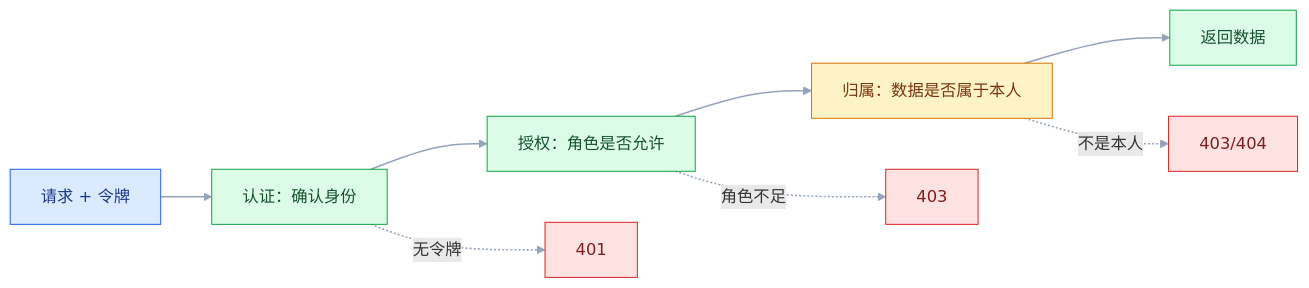
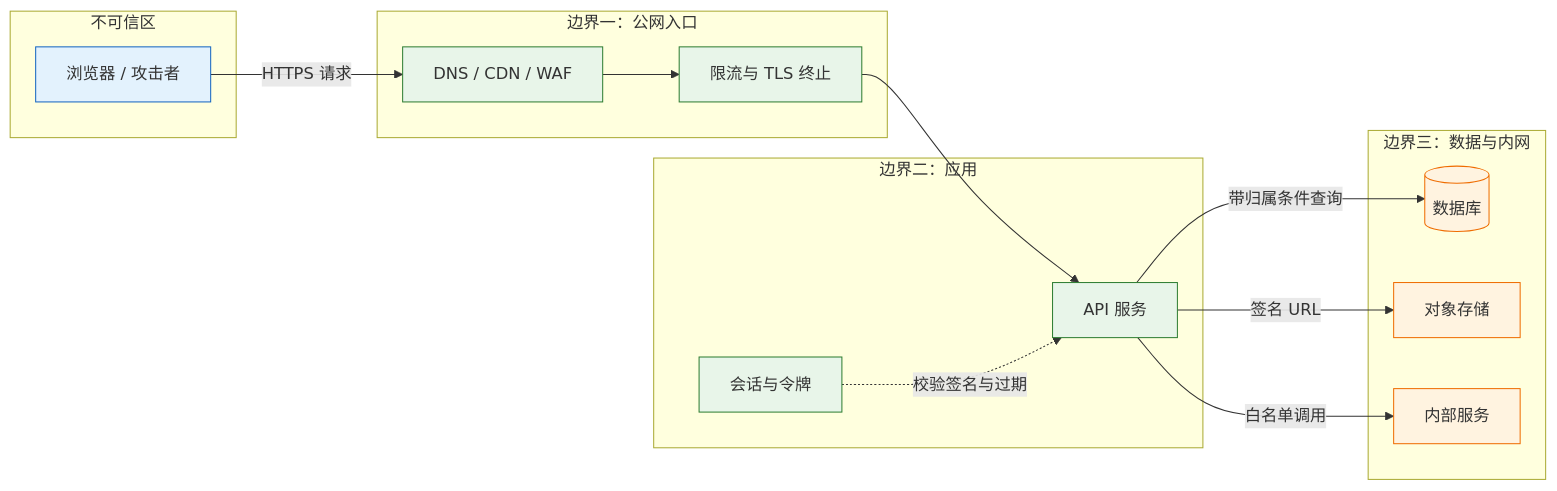
One commit to jimbosuper/studynotes changed the second of 3 diagrams in blog/src/notes/06-测试/04-专项测试/02-安全测试.md. Above: the diagram before and after it, drawn with Mermaid. The commit also changed other lines of this file and 367 other files, not shown here.

````diff
--- a/blog/src/notes/06-测试/04-专项测试/02-安全测试.md
+++ b/blog/src/notes/06-测试/04-专项测试/02-安全测试.md
@@ -216,16 +218,30 @@
 ```mermaid
 flowchart LR
-    classDef client fill:#DBEAFE,stroke:#2563EB,color:#1E3A8A
-    classDef service fill:#DCFCE7,stroke:#16A34A,color:#14532D
-    classDef data fill:#FEF3C7,stroke:#D97706,color:#78350F
-    classDef danger fill:#FEE2E2,stroke:#DC2626,color:#7F1D1D
-
-    A["请求 + 令牌"]:::client --> B["认证：确认身份"]:::service
-    B --> C["授权：角色是否允许"]:::service
-    C --> D["归属：数据是否属于本人"]:::data
-    D --> E["返回数据"]:::service
-    B -.->|"无令牌"| F["401"]:::danger
-    C -.->|"角色不足"| G["403"]:::danger
-    D -.->|"不是本人"| H["403/404"]:::danger
-    linkStyle default stroke:#94A3B8,stroke-width:1.5px
+    subgraph U["不可信区"]
+        B["浏览器 / 攻击者"]
+    end
+    subgraph E["边界一：公网入口"]
+        G["DNS / CDN / WAF"]
+        L["限流与 TLS 终止"]
+    end
+    subgraph A["边界二：应用"]
+        S["API 服务"]
+        T["会话与令牌"]
+    end
+    subgraph D["边界三：数据与内网"]
+        DB[("数据库")]
+        FS["对象存储"]
+        IN["内部服务"]
+    end
+    B -->|"HTTPS 请求"| G --> L --> S
+    S -->|"带归属条件查询"| DB
+    S -->|"签名 URL"| FS
+    S -->|"白名单调用"| IN
+    T -.->|"校验签名与过期"| S
+    classDef client fill:#e3f2fd,stroke:#1565c0;
+    classDef engine fill:#e8f5e9,stroke:#2e7d32;
+    classDef image fill:#fff3e0,stroke:#ef6c00;
+    class B client
+    class G,L,S,T engine
+    class DB,FS,IN image
 ```
````
